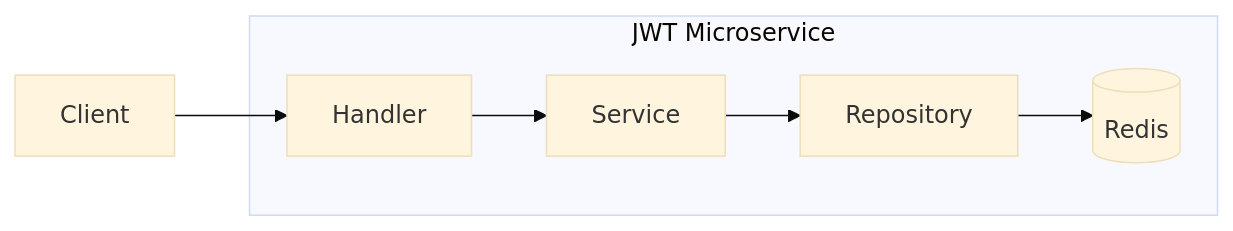
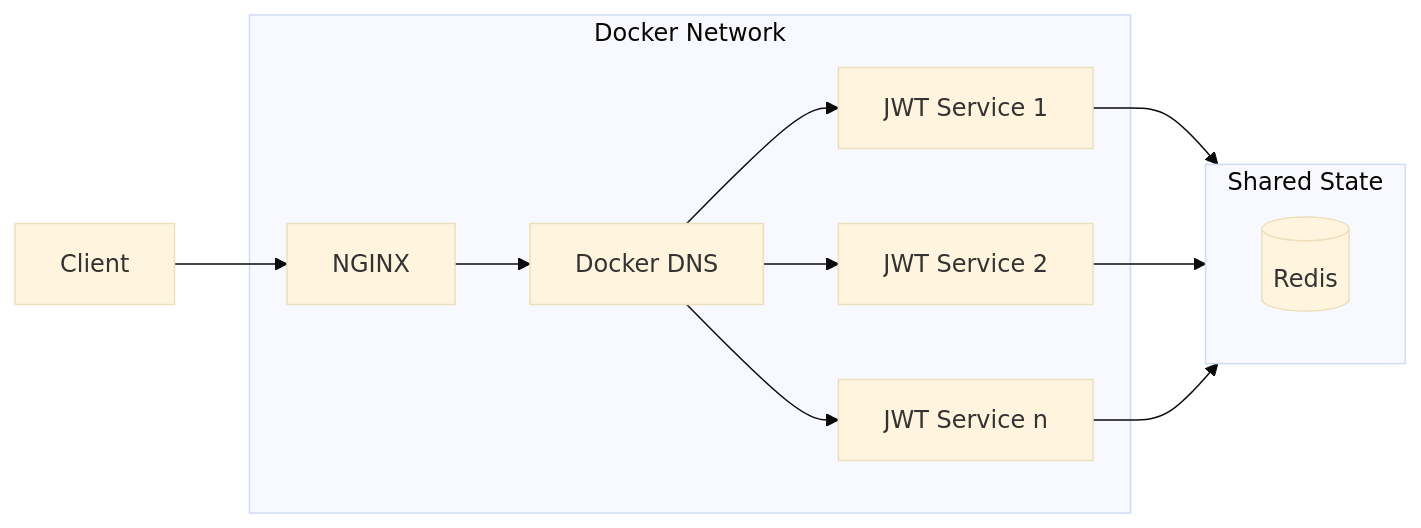
Before and after one commit to GregoryKogan/jwt-microservice: the diagram in README.md, drawn with Mermaid (base theme). The commit also changed other lines of this file, not shown here.

Commit message:
Update README.md to enhance architecture diagram and include scaling instructions for JWT microservice

````diff
--- a/README.md
+++ b/README.md
@@ -18,9 +18,16 @@
 ```mermaid
 graph LR
-    Client --> Handler
-    subgraph JWT Microservice
-        Handler --> Service
-        Service --> Repository
-        Repository --> Redis[(Redis)]
+    Client --> NGINX[NGINX]
+    subgraph Docker Network
+        NGINX --> DNS[Docker DNS]
+        DNS --> JWT1[JWT Service 1]
+        DNS --> JWT2[JWT Service 2]
+        DNS --> JWT3[JWT Service n]
+    end
+    subgraph Shared State
+        direction LR
+        JWT1 --> Redis[(Redis)]
+        JWT2 --> Redis
+        JWT3 --> Redis
     end
 ```
````
